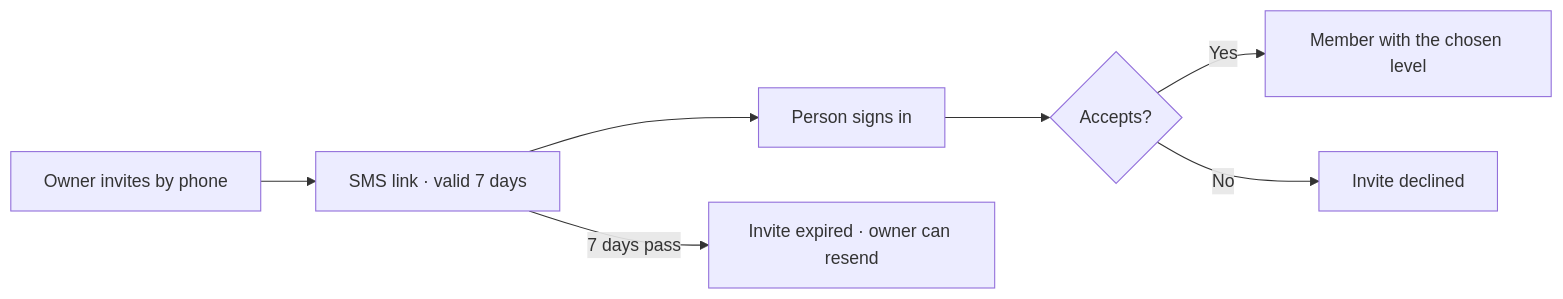
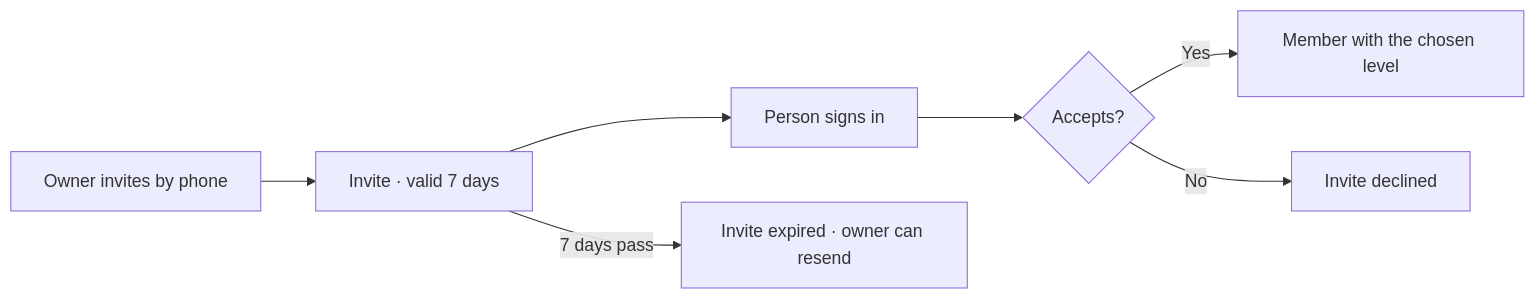
Before and after one commit to azamatos/yeral: the second of 2 diagrams in docs/product/03-roles.md, drawn with Mermaid. The commit also changed other lines of this file and 38 other files, not shown here.

````diff
--- a/docs/product/03-roles.md
+++ b/docs/product/03-roles.md
@@ -96,9 +96,9 @@
 ```mermaid
 flowchart LR
-  I["Owner invites by phone"] --> S["SMS link · valid 7 days"]
+  I["Owner invites by phone"] --> S["Invite · valid 7 days"]
   S --> L["Person signs in"]
   L --> D{"Accepts?"}
   D -->|"Yes"| AC["Member with the chosen level"]
   D -->|"No"| X["Invite declined"]
   S -->|"7 days pass"| E["Invite expired · owner can resend"]
 ```
````
